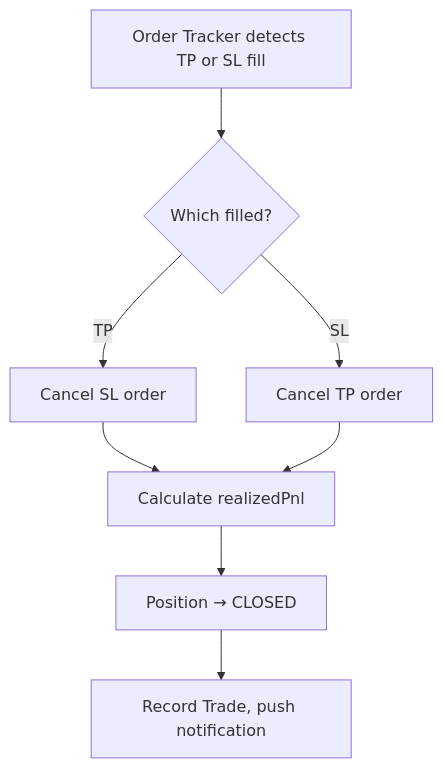
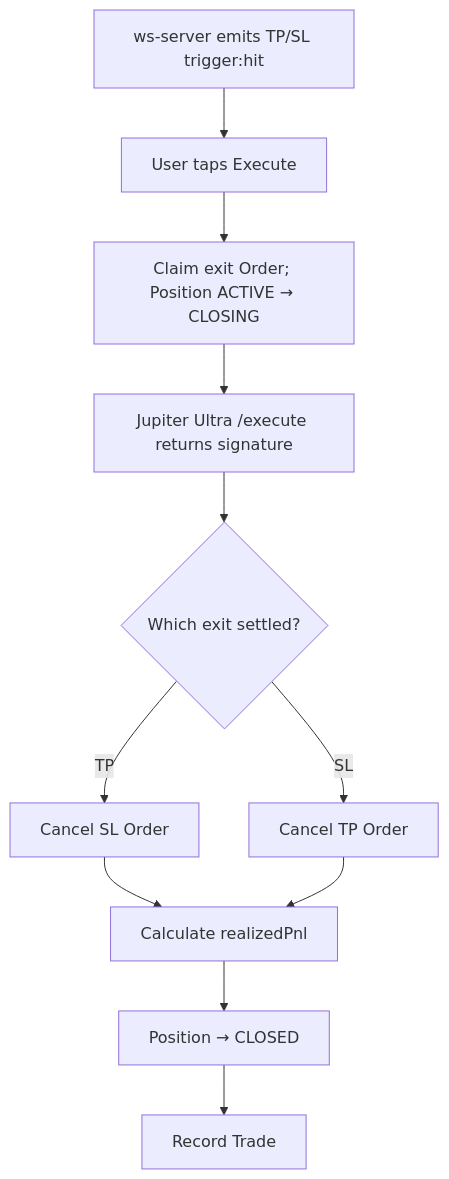
One commit to Omnis-Labs/tickr-ai changed the fourth of 7 diagrams in docs/screens-and-flows.md. Above: the diagram before and after it, drawn with Mermaid. The commit also changed other lines of this file and 18 other files, not shown here.

````diff
--- a/docs/screens-and-flows.md
+++ b/docs/screens-and-flows.md
@@ -402,10 +400,13 @@
 ```mermaid
 flowchart TD
-    A[Order Tracker detects TP or SL fill] --> B{Which filled?}
-    B -- TP --> C[Cancel SL order]
-    B -- SL --> D[Cancel TP order]
-    C --> E[Calculate realizedPnl]
-    D --> E
-    E --> F[Position → CLOSED]
-    F --> G[Record Trade, push notification]
+    A[ws-server emits TP/SL trigger:hit] --> B[User taps Execute]
+    B --> C[Claim exit Order; Position ACTIVE → CLOSING]
+    C --> D[Jupiter Ultra /execute returns signature]
+    D --> E{Which exit settled?}
+    E -- TP --> F[Cancel SL Order]
+    E -- SL --> G[Cancel TP Order]
+    F --> H[Calculate realizedPnl]
+    G --> H
+    H --> I[Position → CLOSED]
+    I --> J[Record Trade]
 ```
````
